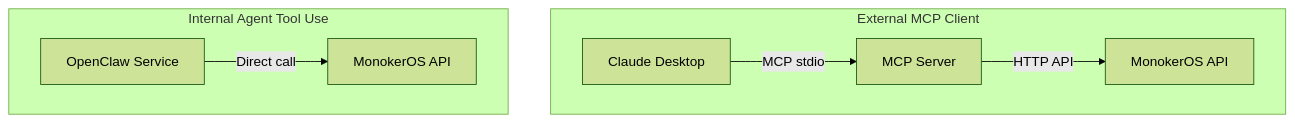
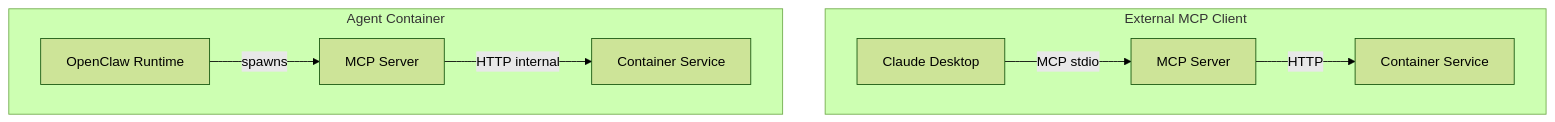
Before and after one commit to pde-rent/monokeros: the third of 3 diagrams in docs/technical/mcp.md, drawn with Mermaid (forest theme). The commit also changed other lines of this file and 50 other files, not shown here.

````diff
--- a/docs/technical/mcp.md
+++ b/docs/technical/mcp.md
@@ -204,11 +213,12 @@
 ```mermaid
 flowchart TD
     subgraph External["External MCP Client"]
         E1[Claude Desktop] -->|"MCP stdio"| E2[MCP Server]
-        E2 -->|"HTTP API"| E3[MonokerOS API]
+        E2 -->|"HTTP"| E3[Container Service]
     end
 
-    subgraph Internal["Internal Agent Tool Use"]
-        I1[OpenClaw Service] -->|"Direct call"| I2[MonokerOS API]
+    subgraph Internal["Agent Container"]
+        I1[OpenClaw Runtime] -->|"spawns"| I2[MCP Server]
+        I2 -->|"HTTP internal"| I3[Container Service]
     end
 ```
````
